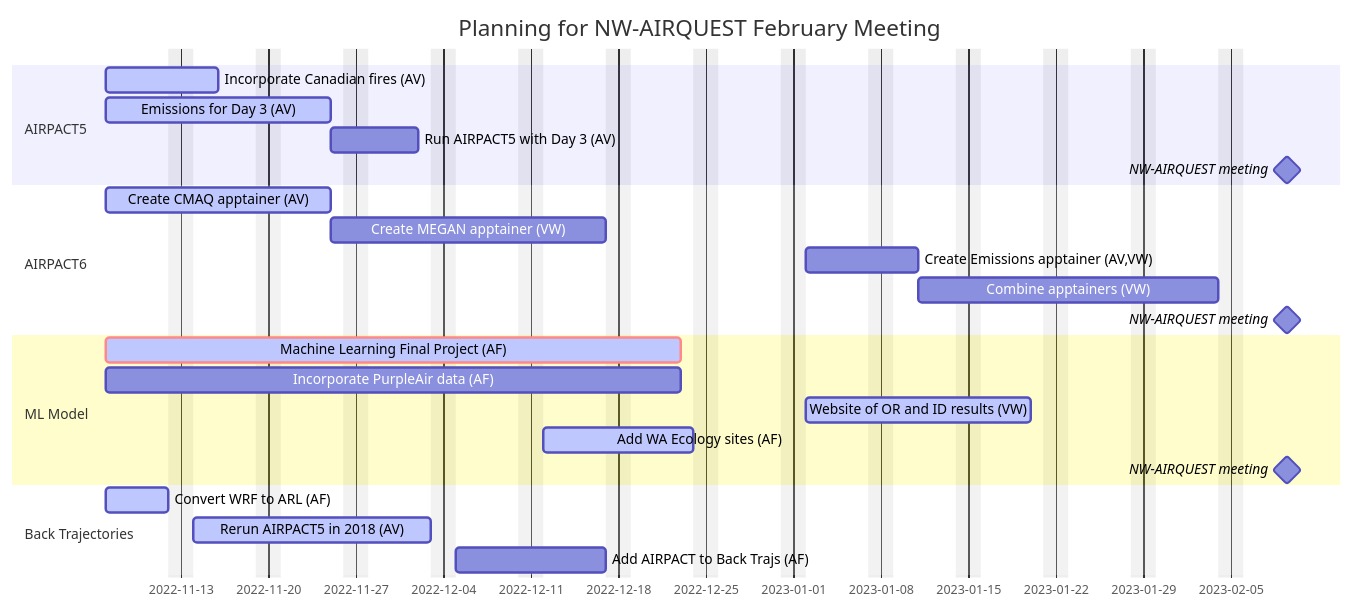
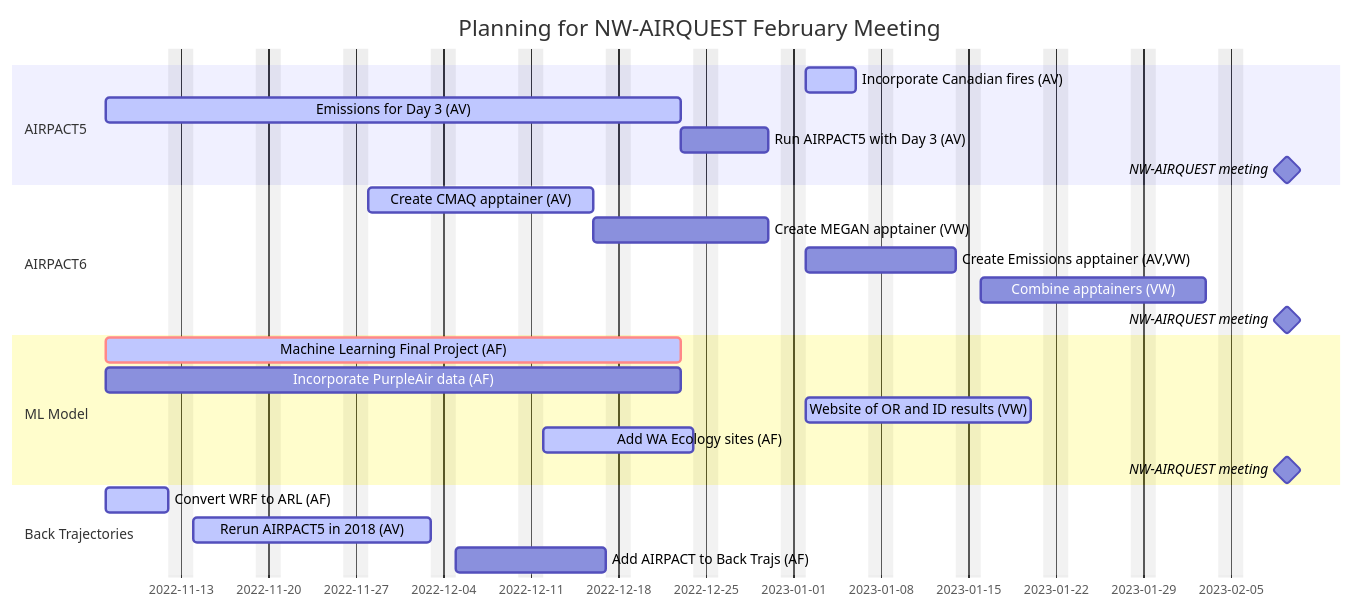
One commit to wsular/airpact changed the diagram in planning/walden-research-group-GanttChart.md. Above: the diagram before and after it, drawn with Mermaid.

Commit message:
Update Gantt chart with changes from 5 Dec 2022 meeting

````diff
--- a/planning/walden-research-group-GanttChart.md
+++ b/planning/walden-research-group-GanttChart.md
@@ -3,31 +3,31 @@
 ```mermaid
 gantt
     dateFormat  YYYY-MM-DD
     title       Planning for NW-AIRQUEST February Meeting
     excludes    weekends
 
   section AIRPACT5
-    Incorporate Canadian fires (AV)         :active,        s1t1,   2022-11-07, 7d
-    Emissions for Day 3 (AV)                :active,        s1t2,   2022-11-07, 14d
+    Incorporate Canadian fires (AV)         :active,        s1t1,   2023-01-02, 4d
+    Emissions for Day 3 (AV)                :active,        s1t2,   2022-11-07, 2022-12-23
     Run AIRPACT5 with Day 3 (AV)            :               s1t3,   after s1t2, 5d
     NW-AIRQUEST meeting                     :milestone,             2023-02-09, 1d
 
   section AIRPACT6
-    Create CMAQ apptainer (AV)              :active,        s2t1,   2022-11-07, 14d
-    Create MEGAN apptainer (VW)             :               s2t2,   after s2t1, 16d
-    Create Emissions apptainer (AV,VW)      :               s2t3,   2023-01-02, 7d
-    Combine apptainers (VW)                 :               s2t4,   after s2t3, 18d 
+    Create CMAQ apptainer (AV)              :active,        s2t1,   2022-11-28, 14d
+    Create MEGAN apptainer (VW)             :               s2t2,   after s2t1, 10d
+    Create Emissions apptainer (AV,VW)      :               s2t3,   2023-01-02, 10d
+    Combine apptainers (VW)                 :               s2t4,   after s2t3, 14d 
     NW-AIRQUEST meeting                     :milestone,             2023-02-09, 1d
 
   section ML Model
     Machine Learning Final Project (AF)     :crit,active,   s3t1,   2022-11-07,2022-12-23
     Incorporate PurpleAir data (AF)         :               s3t2,   2022-11-07,2022-12-23
     Website of OR and ID results (VW)       :active,        s3t3,   2023-01-02, 14d
     Add WA Ecology sites (AF)               :active,        s3t4,   2022-12-12, 10d 
     NW-AIRQUEST meeting                     :milestone,             2023-02-09, 1d
 
   section Back Trajectories
     Convert WRF to ARL (AF)                 :active,        s4t1,   2022-11-07, 5d
     Rerun AIRPACT5 in 2018 (AV)             :active,        s4t2,   after s4t1, 15d
     Add AIRPACT to Back Trajs (AF)          :               s4t3,   after s4t2, 10d
 ```
````
